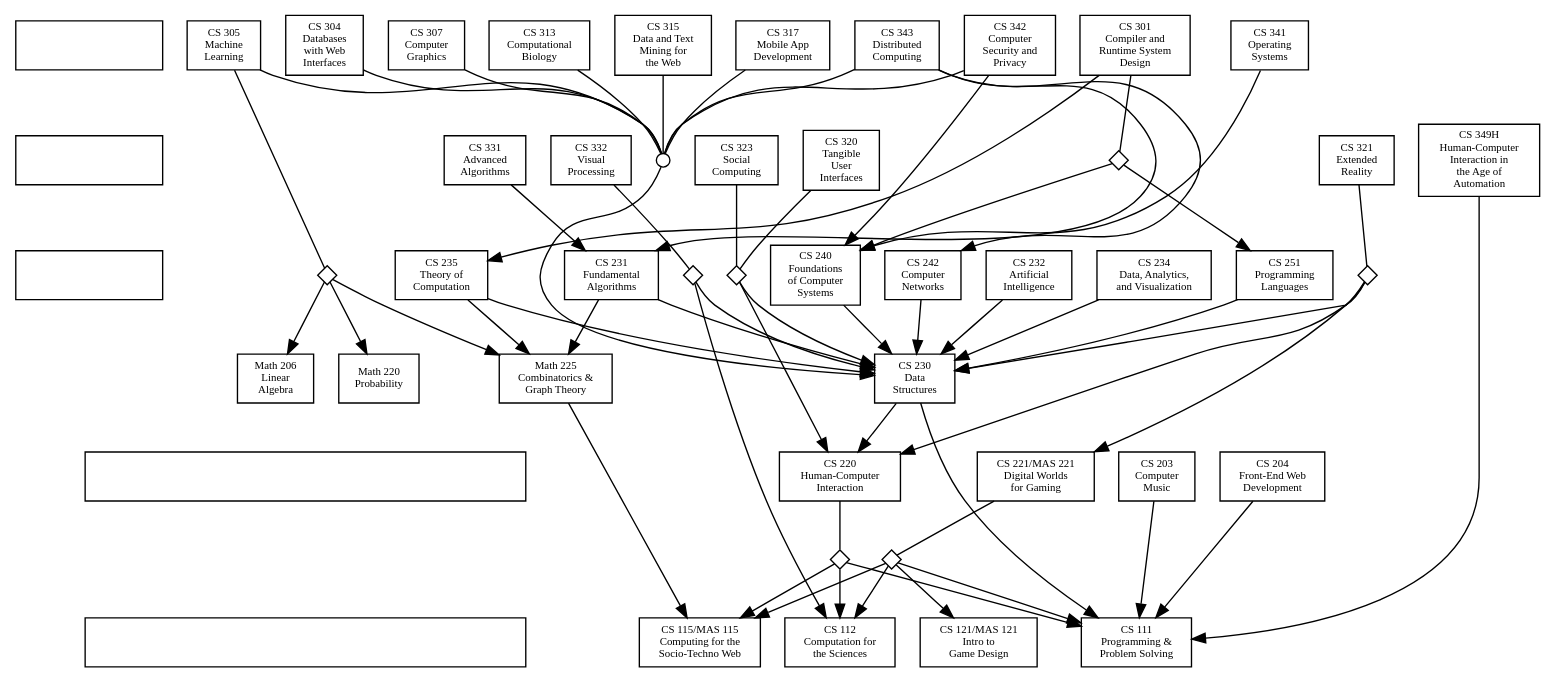
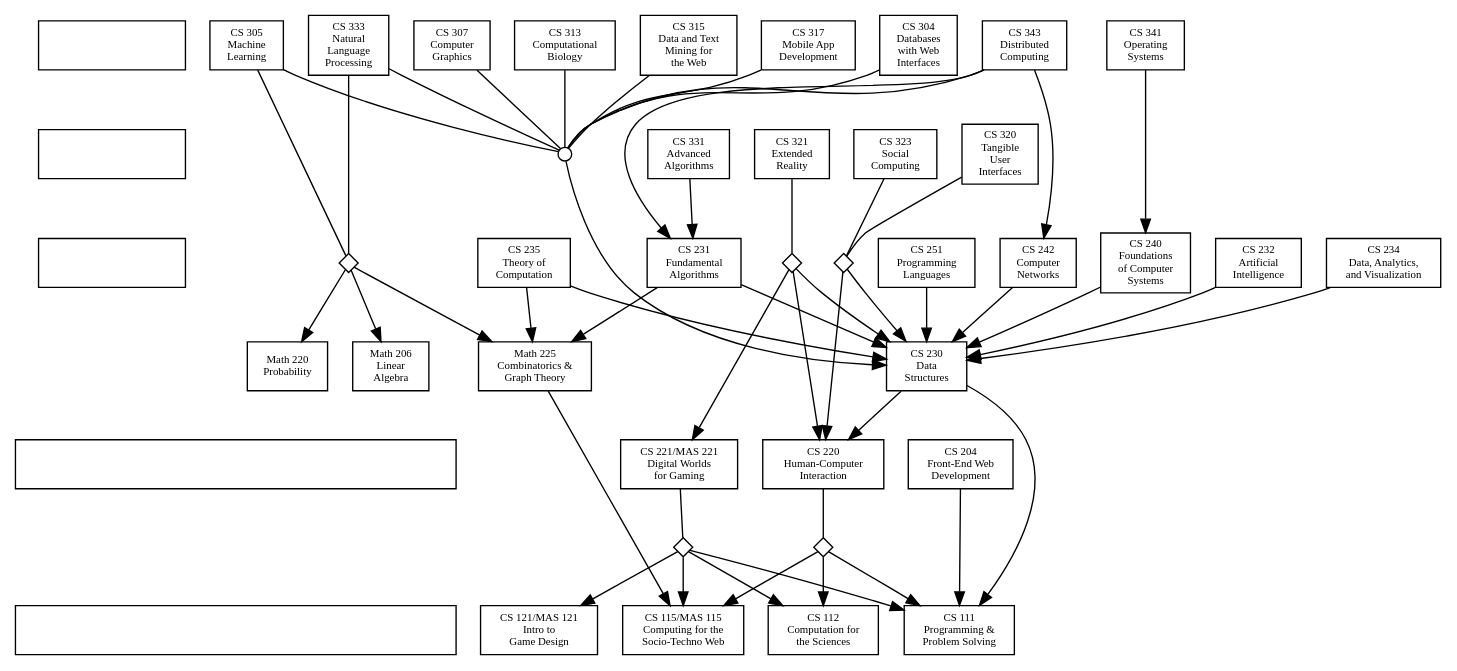
Before and after one commit to solsword/prereqs: the diagram in prereqs.dot, drawn with Graphviz. The commit also changed 35 other files, not shown here.

```diff
--- a/prereqs.dot
+++ b/prereqs.dot
@@ -1,160 +1,157 @@
 digraph Course_Prerequisites {
   // graph [splines=ortho] // don't use curved edges (but this is bad)
 
   // Default properties for every node
   node [shape="rectangle", fontsize="8", style="filled", fillcolor="white"];
 
   // Nodes for the descriptions to be placed into
   // Note: width of these nodes should be adjusted as necessary when the
   // graph layout changes.
   desctop [label="", class="desc-top", width=4.5]
   descbot [label="", class="desc-bot", width=4.5]
   desctop -> descbot [style="invis"]
 
   // Nodes for the legend to be placed onto
   legend_top [label="", class="legend-top", width=1.5]
   legend_mid [label="", class="legend-mid", width=1.5]
   legend_bot [label="", class="legend-bot", width=1.5]
   legend_top -> legend_mid [style="invis"]
   legend_mid -> legend_bot [style="invis"]
 
   // Nodes (classes plus grouping nodes)
   // classes include fall, spring, notoffered, and both (the default). See CSS file. 
   cs111 [label="CS 111\nProgramming &\nProblem Solving", class="core intro"]
   cs112 [label="CS 112\nComputation for\nthe Sciences", class="intro notoffered"]
   cs115 [label="CS 115/MAS 115\nComputing for the\nSocio-Techno Web", class="intro"]
   cs121 [label="CS 121/MAS 121\nIntro to\nGame Design", class="intro"]
 
   cs221 [label="CS 221/MAS 221\nDigital Worlds\nfor Gaming", class="elective spring"]
   any100 [label="", shape="diamond", width="0.2", height="0.2", class="opt"]
+
   cs230 [label="CS 230\nData\nStructures", class="core"]
   cs230up [label="", shape="circle", width="0.14", height="0.14", class="group"]
   cs240 [label="CS 240\nFoundations\nof Computer\nSystems", class="core"]
   cs231 [label="CS 231\nFundamental\nAlgorithms", class="core"]
   cs235 [label="CS 235\nTheory of\nComputation", class="core"]
 
   math225 [label="Math 225\nCombinatorics &\nGraph Theory", class="math required"]
   math206 [label="Math 206\nLinear\nAlgebra", class="math"]
   math220 [label="Math 220\nProbability", class="math"]
 
-  cs203 [label="CS 203\nComputer\nMusic", class="elective fall"]
   cs204 [label="CS 204\nFront-End Web\nDevelopment", class="elective fall"]
   cs220 [label="CS 220\nHuman-Computer\nInteraction", class="elective"]
   cs111or112or115 [label="", shape="diamond", width="0.2", height="0.2", class="opt"]
-  cs232 [label="CS 232\nArtificial\nIntelligence", class="elective spring"]
+  cs232 [label="CS 232\nArtificial\nIntelligence", class="elective"]
   cs234 [label="CS 234\nData, Analytics,\nand Visualization", class="elective fall"]
-  cs242 [label="CS 242\nComputer\nNetworks", class="elective fall"]
-  cs251 [label="CS 251\nProgramming\nLanguages", class="elective"]
+  // TODO: Check this
+  cs242 [label="CS 242\nComputer\nNetworks", class="elective spring"]
+  // TODO: Check this
+  cs251 [label="CS 251\nProgramming\nLanguages", class="elective spring"]
 
-  cs301 [label="CS 301\nCompiler and\nRuntime System\nDesign", class="elective spring"]
-  cs240or251 [label="", shape="diamond", width="0.2", height="0.2", class="opt"]
   cs304 [label="CS 304\nDatabases\nwith Web\nInterfaces", class="elective"]
   cs305 [label="CS 305\nMachine\nLearning", class="elective fall"]
   math225or206or220 [label="", shape="diamond", width="0.2", height="0.2", class="opt"]
   cs307 [label="CS 307\nComputer\nGraphics", class="elective spring"]
   cs313 [label="CS 313\nComputational\nBiology", class="elective spring"]
   cs315 [label="CS 315\nData and Text\nMining for\nthe Web", class="elective spring"]
-  cs317 [label="CS 317\nMobile App\nDevelopment", class="elective fall"]
+  // TODO: Check this
+  cs317 [label="CS 317\nMobile App\nDevelopment", class="elective notoffered"]
   cs230or220 [label="", shape="diamond", width="0.2", height="0.2", class="opt"]
   cs230or220or221 [label="", shape="diamond", width="0.2", height="0.2", class="opt"]
   cs320 [label="CS 320\nTangible\nUser\nInterfaces", class="elective spring"]
   cs321 [label="CS 321\nExtended\nReality", class="elective fall"]
-  cs323 [label="CS 323\nSocial\nComputing", class="elective notoffered"]
+  // TODO: Check this
+  cs323 [label="CS 323\nSocial\nComputing", class="elective spring"]
 
-  cs331 [label="CS 331\nAdvanced\nAlgorithms", class="elective fall"]
-  cs332 [label="CS 332\nVisual\nProcessing", class="elective fall"]
-  cs112or230 [label="", shape="diamond", width="0.2", height="0.2", class="opt"]
+  // TODO: Check this
+  cs331 [label="CS 331\nAdvanced\nAlgorithms", class="elective spring"]
+  cs333 [label="CS 333\nNatural\nLanguage\nProcessing", class="elective fall"]
+  // TODO: Check this
   cs341 [label="CS 341\nOperating\nSystems", class="elective notoffered"]
-  cs342 [label="CS 342\nComputer\nSecurity and\nPrivacy", class="elective notoffered"]
+  // TODO: Check this
   cs343 [label="CS 343\nDistributed\nComputing", class="elective notoffered"]
-  cs349H [label="CS 349H\nHuman-Computer\nInteraction in\nthe Age of\nAutomation", class="elective notoffered"]
+  // TODO: Check this
+  // cs349H [label="CS 349H\nHuman-Computer\nInteraction in\nthe Age of\nAutomation", class="elective notoffered"]
 
   // Arrangement of the nodes into rank groups
   {rank=same cs111 cs112 cs115 cs121 descbot}
 
   {rank=same
-    cs203 cs204 cs220 cs221
+    cs204 cs220 cs221
     desctop
   }
 
   cs230 -> cs220 [class="invisible"] // forces an extra level
 
   {rank=same
     cs230
     math206 math220 math225
   }
 
   math225 -> cs115 [class="invisible"] // pulls nodes together horizontally
 
   {rank=same
     cs240
     cs231 cs235 cs251
     cs232 cs234 cs242
     legend_bot
   }
 
   {rank=same
     cs320 cs321 cs323
     cs331
-    cs332
-    cs349H
+    // cs349H
     cs230up
     legend_mid
   }
 
   {rank=same
-    cs301
     cs304 cs305 cs307
     cs313 cs315
     cs317
+    cs333
     cs341
-    cs342 cs343
+    cs343
     legend_top
   }
 
   // Edges (course prerequisites)
-  cs203 -> cs111
   cs204 -> cs111
   cs220 -> cs111or112or115 [arrowhead="none", class="options"]
   cs111or112or115 -> { cs111, cs112, cs115 } [class="option"]
   cs221 -> any100 [arrowhead="none", class="options"]
   any100 -> { cs111, cs112, cs115, cs121 } [class="option"]
 
   cs230 -> cs111
   cs230up -> cs230 [constraint=false]
   cs240 -> cs230
   cs231 -> { cs230, math225 }
   cs235 -> { cs230, math225 }
   cs251 -> cs230
 
   cs232 -> cs230
   cs234 -> cs230
   cs242 -> cs230
 
-  cs301 -> cs240or251 [arrowhead="none", class="options"]
-  cs240or251 -> { cs240, cs251 } [class="option"]
-  cs301 -> cs235 [class="recommended" constraint=false]
   cs304 -> cs230up [arrowhead="none", class="grouping"]
   cs305 -> cs230up [arrowhead="none", class="grouping"]
   cs305 -> math225or206or220 [arrowhead="none", class="options"]
+  cs333 -> cs230up [arrowhead="none", class="grouping"]
+  cs333 -> math225or206or220 [arrowhead="none", class="options"]
   math225or206or220 -> { math225, math206, math220 } [class="option"]
   cs307 -> cs230up [arrowhead="none", class="grouping"]
   cs317 -> cs230up [arrowhead="none", class="grouping"]
 
   cs313 -> cs230up [arrowhead="none", class="grouping"]
   cs315 -> cs230up [arrowhead="none", class="grouping"]
   cs320 -> cs230or220 [arrowhead="none", class="options"]
   cs230or220 -> { cs220, cs230 } [class="option"]
   cs230or220or221 -> { cs220, cs221, cs230 } [class="option"]
   cs321 -> cs230or220or221 [arrowhead="none", class="options"]
   cs323 -> cs230or220 [arrowhead="none", class="options"]
   cs331 -> cs231
-  cs332 -> cs112or230 [arrowhead="none", class="options"]
-  cs112or230 -> { cs112, cs230 } [class="option"]
   cs341 -> cs240
-  cs342 -> cs230up [arrowhead="none", class="grouping"]
-  cs342 -> cs240
   cs343 -> cs230up [arrowhead="none", class="grouping"]
-  cs343 -> { cs231, cs242 } [class="recommended" constraint=false]
-  cs349H -> cs111 // Much more complicated than this!
+  cs343 -> { cs231, cs242 } [class="recommended"]
+  // cs349H -> cs111 // Much more complicated than this!
 }
```
